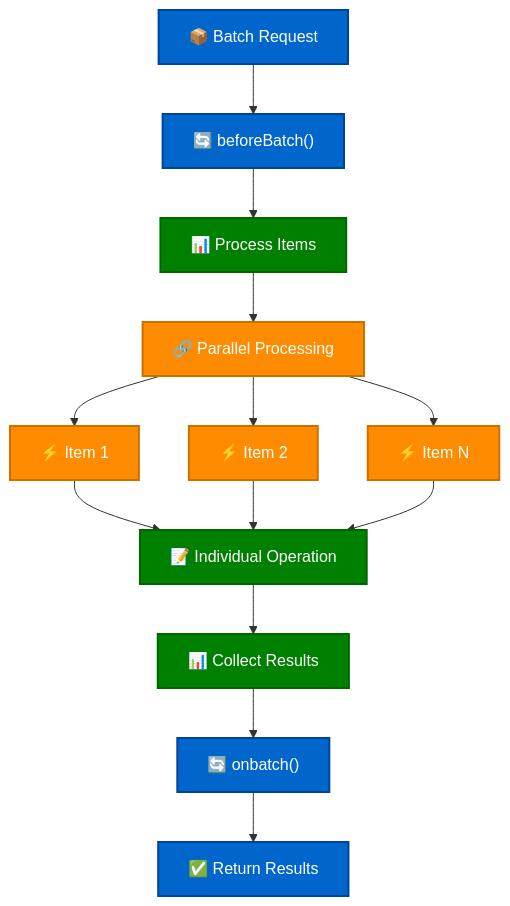
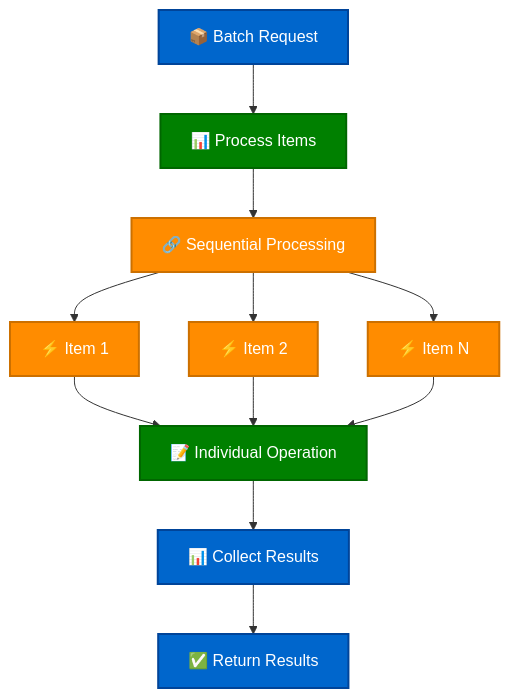
Before and after one commit to avoidwork/haro: the fifth of 9 diagrams in docs/TECHNICAL_DOCUMENTATION.md, drawn with Mermaid. The commit also changed other lines of this file and 54 other files, not shown here.

````diff
--- a/docs/TECHNICAL_DOCUMENTATION.md
+++ b/docs/TECHNICAL_DOCUMENTATION.md
@@ -218,26 +383,24 @@
 ```mermaid
 graph TD
-    A["📦 Batch Request"] --> B["🔄 beforeBatch()"]
-    B --> C["📊 Process Items"]
+    A["📦 Batch Request"] --> B["📊 Process Items"]
     
-    C --> D["🔗 Parallel Processing"]
-    D --> E1["⚡ Item 1"]
-    D --> E2["⚡ Item 2"]
-    D --> E3["⚡ Item N"]
+    B --> C["🔗 Sequential Processing"]
+    C --> D1["⚡ Item 1"]
+    C --> D2["⚡ Item 2"]
+    C --> D3["⚡ Item N"]
     
-    E1 --> F["📝 Individual Operation"]
-    E2 --> F
-    E3 --> F
+    D1 --> E["📝 Individual Operation"]
+    D2 --> E
+    D3 --> E
     
-    F --> G["📊 Collect Results"]
-    G --> H["🔄 onbatch()"]
-    H --> I["✅ Return Results"]
+    E --> F["📊 Collect Results"]
+    F --> G["✅ Return Results"]
     
     classDef batch fill:#0066CC,stroke:#004499,stroke-width:2px,color:#fff
     classDef process fill:#008000,stroke:#006600,stroke-width:2px,color:#fff
-    classDef parallel fill:#FF8C00,stroke:#CC7000,stroke-width:2px,color:#fff
+    classDef sequential fill:#FF8C00,stroke:#CC7000,stroke-width:2px,color:#fff
     
-    class A,B,H,I batch
-    class C,F,G process
-    class D,E1,E2,E3 parallel
+    class A,F,G batch
+    class B,E process
+    class C,D1,D2,D3 sequential
 ```
````
